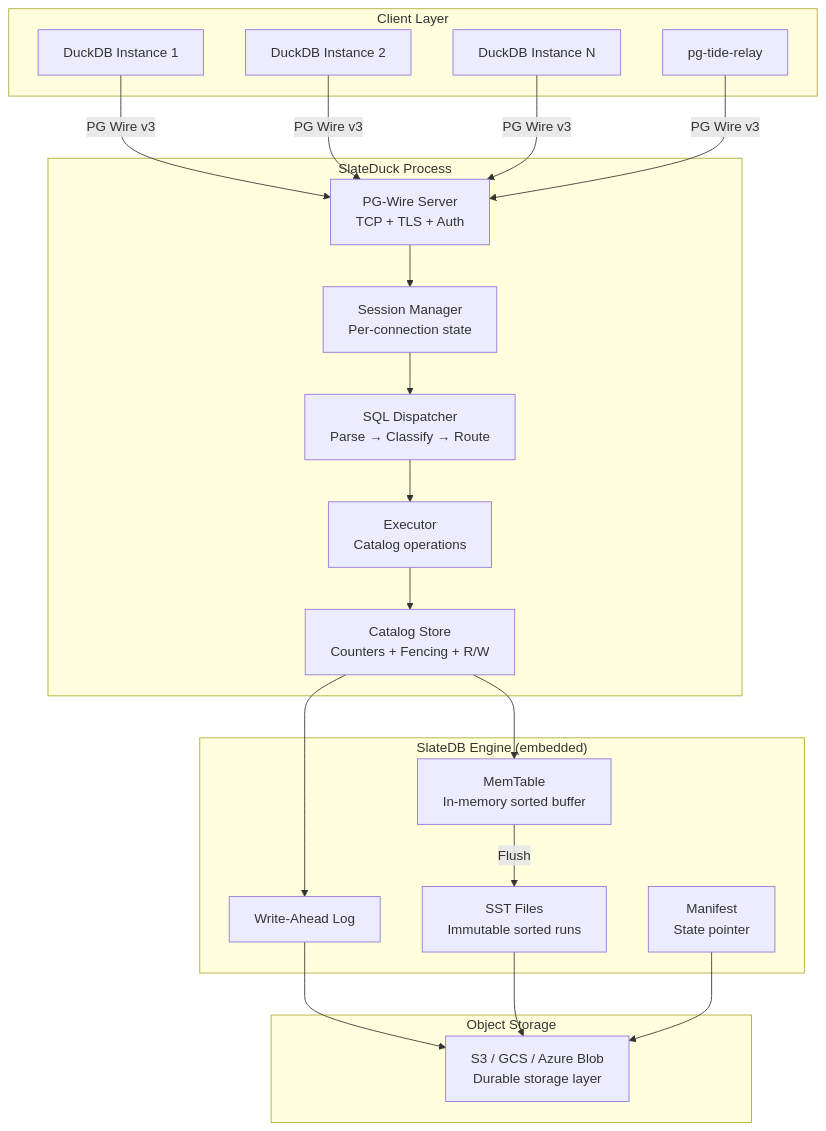
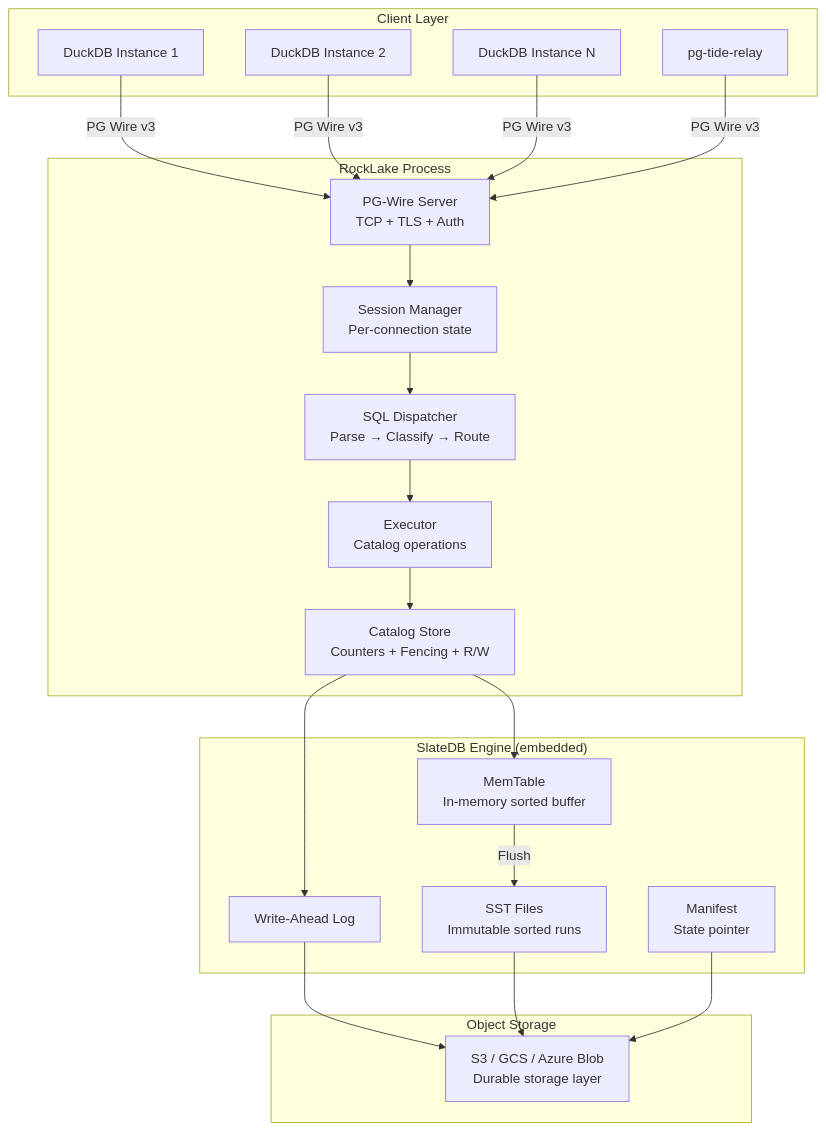
The first of 6 diagrams in docs/architecture/overview.md (trickle-labs/rocklake), drawn with Mermaid before and after one commit. The commit also changed other lines of this file and 398 other files, not shown here.

First line of the commit message:
rename: SlateDuck -> RockLake across entire codebase (#48)

````diff
--- a/docs/architecture/overview.md
+++ b/docs/architecture/overview.md
@@ -9,39 +9,39 @@
 ```mermaid
 graph TB
     subgraph Clients["Client Layer"]
         DB1[DuckDB Instance 1]
         DB2[DuckDB Instance 2]
         DB3[DuckDB Instance N]
         PT[pg-tide-relay]
     end
-    subgraph SlateDuck["SlateDuck Process"]
+    subgraph RockLake["RockLake Process"]
         PG[PG-Wire Server<br/>TCP + TLS + Auth]
         SESS[Session Manager<br/>Per-connection state]
         SQL[SQL Dispatcher<br/>Parse → Classify → Route]
         EXEC[Executor<br/>Catalog operations]
         CAT[Catalog Store<br/>Counters + Fencing + R/W]
     end
     subgraph SlateDB["SlateDB Engine (embedded)"]
         WAL[Write-Ahead Log]
         MEM[MemTable<br/>In-memory sorted buffer]
         SST[SST Files<br/>Immutable sorted runs]
         MAN[Manifest<br/>State pointer]
     end
     subgraph Storage["Object Storage"]
         S3[S3 / GCS / Azure Blob<br/>Durable storage layer]
     end
     DB1 -->|PG Wire v3| PG
     DB2 -->|PG Wire v3| PG
     DB3 -->|PG Wire v3| PG
     PT -->|PG Wire v3| PG
     PG --> SESS
     SESS --> SQL
     SQL --> EXEC
     EXEC --> CAT
     CAT --> WAL
     CAT --> MEM
     WAL --> S3
     MEM -->|Flush| SST
     SST --> S3
     MAN --> S3
 ```
````
